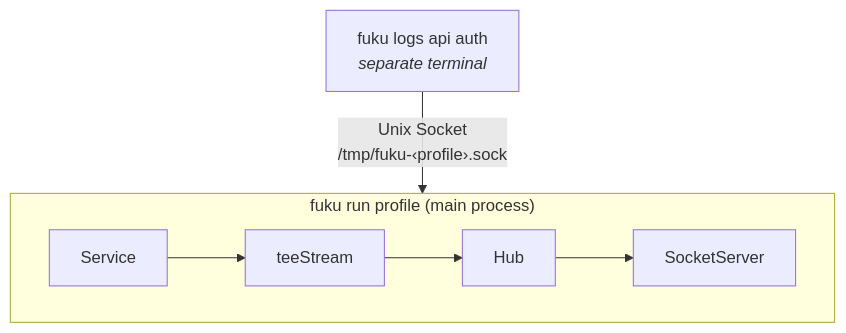
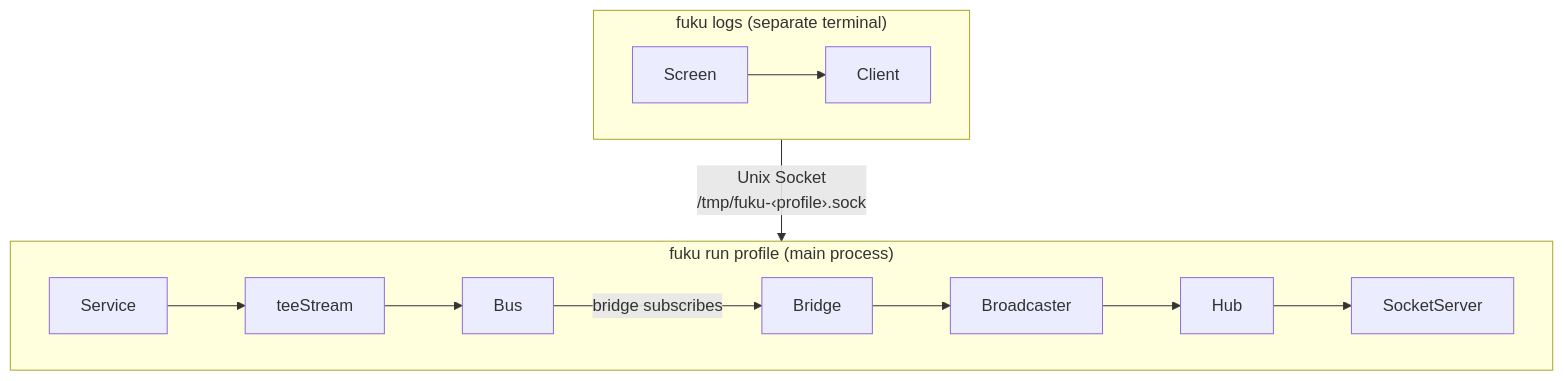
Before and after one commit to tab/fuku: the sixth of 7 diagrams in ARCHITECTURE.md, drawn with Mermaid. The commit also changed other lines of this file and 9 other files, not shown here.

````diff
--- a/ARCHITECTURE.md
+++ b/ARCHITECTURE.md
@@ -584,11 +598,17 @@
 ```mermaid
 graph TD
     LogsCmd["fuku logs api auth<br><i>separate terminal</i>"]
     RunCmd["fuku run profile<br><i>main process</i>"]
 
     LogsCmd -- "Unix Socket<br>/tmp/fuku-‹profile›.sock" --> RunCmd
 
+    subgraph LogsCmd["fuku logs (separate terminal)"]
+        Screen --> Client
+    end
+
     subgraph RunCmd["fuku run profile (main process)"]
-        Service --> teeStream --> Hub --> SocketServer
+        Bus -- "bridge subscribes" --> Bridge --> Broadcaster
+        Service --> teeStream --> Bus
+        Broadcaster --> Hub --> SocketServer
     end
 ```
````
